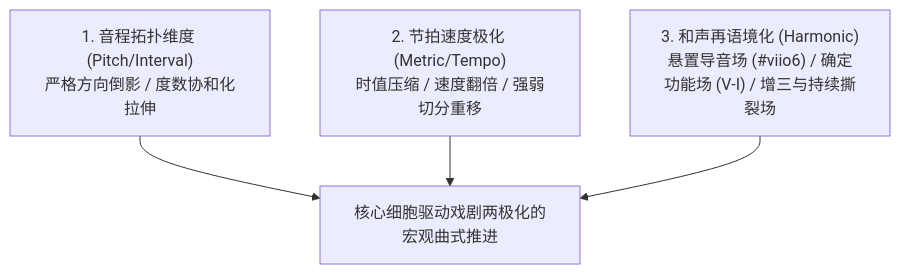
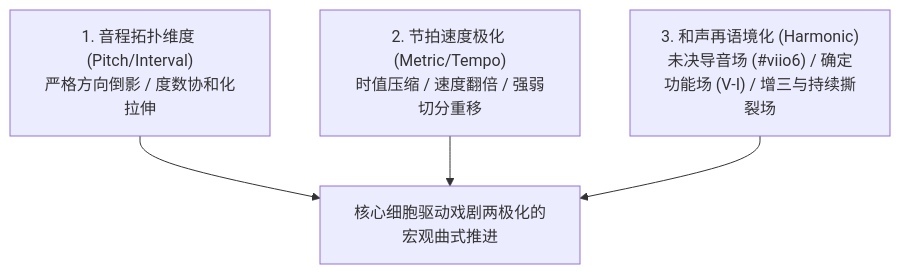
The diagram in content/techniques/material/motivic-inversion-and-harmonic-recontextualization.md (OpenCadenza/music-wiki), drawn with Mermaid before and after one commit. The commit also changed other lines of this file and 33 other files, not shown here.

````diff
--- a/content/techniques/material/motivic-inversion-and-harmonic-recontextualization.md
+++ b/content/techniques/material/motivic-inversion-and-harmonic-recontextualization.md
@@ -450,11 +450,11 @@
 ```mermaid
 flowchart TD
     D1["1. 音程拓扑维度 (Pitch/Interval)<br>严格方向倒影 / 度数协和化拉伸"]
     D2["2. 节拍速度极化 (Metric/Tempo)<br>时值压缩 / 速度翻倍 / 强弱切分重移"]
-    D3["3. 和声再语境化 (Harmonic)<br>悬置导音场 (#viio6) / 确定功能场 (V-I) / 增三与持续撕裂场"]
+    D3["3. 和声再语境化 (Harmonic)<br>未决导音场 (#viio6) / 确定功能场 (V-I) / 增三与持续撕裂场"]
     TARGET["核心细胞驱动戏剧两极化的宏观曲式推进"]
 
     D1 --> TARGET
     D2 --> TARGET
     D3 --> TARGET
 ```
````
